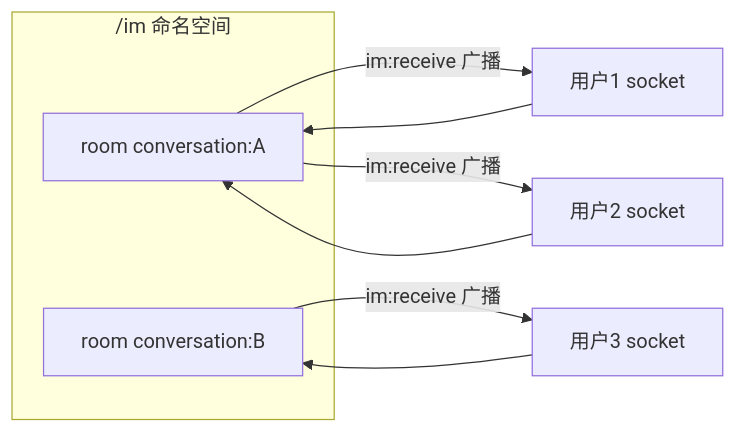
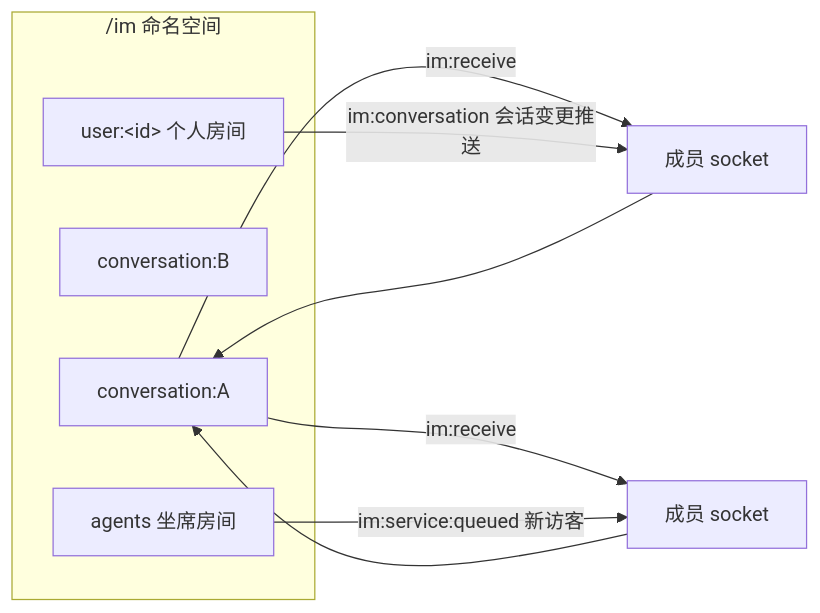
One commit to yiting001/E-sports-01 changed the third of 4 diagrams in docs/im.md. Above: the diagram before and after it, drawn with Mermaid. The commit also changed other lines of this file and 67 other files, not shown here.

````diff
--- a/docs/im.md
+++ b/docs/im.md
@@ -72,12 +62,14 @@
 ```mermaid
 flowchart LR
   subgraph ns["/im 命名空间"]
-    R1["room conversation:A"]
-    R2["room conversation:B"]
+    C1["conversation:A"]
+    C2["conversation:B"]
+    U["user:&lt;id&gt; 个人房间"]
+    AG["agents 坐席房间"]
   end
-  U1[用户1 socket] --> R1
-  U2[用户2 socket] --> R1
-  U3[用户3 socket] --> R2
-  R1 -->|im:receive 广播| U1 & U2
-  R2 -->|im:receive 广播| U3
+  S1[成员 socket] --> C1
+  S2[成员 socket] --> C1
+  C1 -->|im:receive| S1 & S2
+  U -->|im:conversation 会话变更推送| S1
+  AG -->|im:service:queued 新访客| S2
 ```
````
